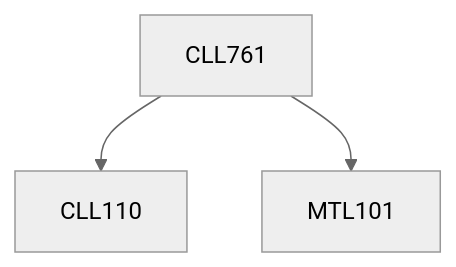
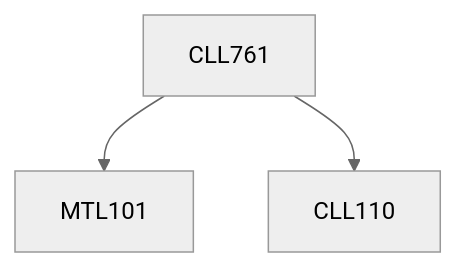
One commit to KeshavBansal0122/CoS_Website changed the diagram in content/Chemical Engineering/CLL761.md. Above: the diagram before and after it, drawn with Mermaid (neutral theme). The commit also changed other lines of this file and 2662 other files, not shown here.

````diff
--- a/content/Chemical Engineering/CLL761.md
+++ b/content/Chemical Engineering/CLL761.md
@@ -15,9 +15,9 @@
 ```mermaid
 flowchart TD
 CLL761-144[CLL761]
+CLL761-144 --> MTL101-144[MTL101]
 CLL761-144 --> CLL110-144[CLL110]
-CLL761-144 --> MTL101-144[MTL101]
 
 classDef empty height:17px, fill:transparent, stroke:transparent;
 classDef trueEmpty height:0px, width:0px;
 ```
````
